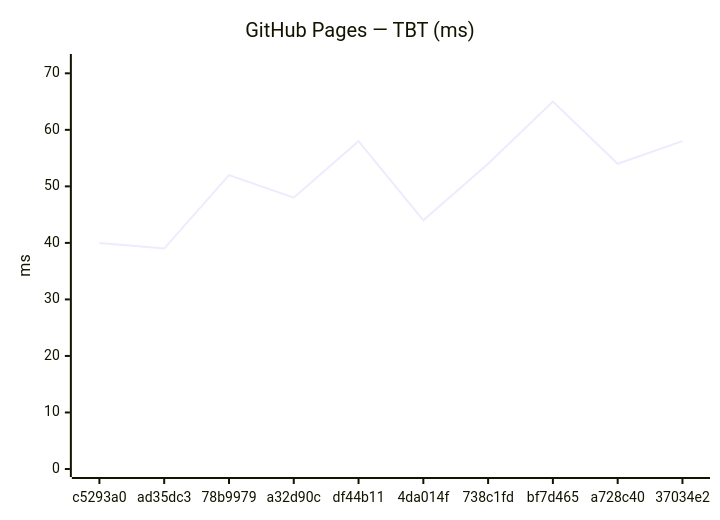
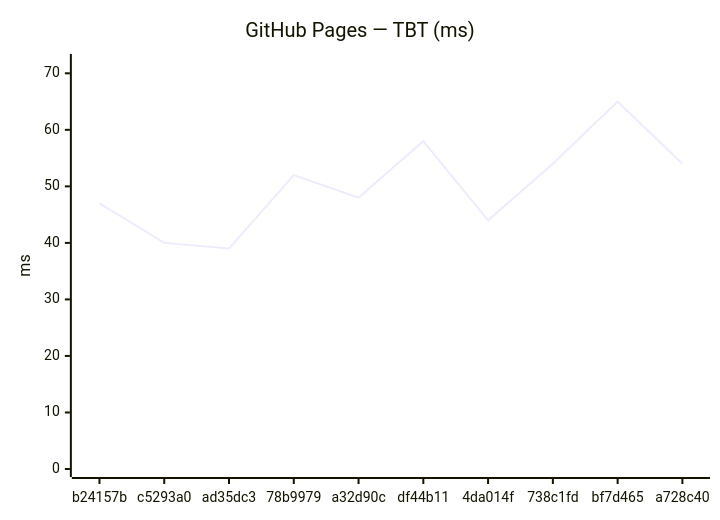
The fourth of 24 diagrams in benchmarks/compare.md (Metaheurist/Rianell), drawn with Mermaid before and after one commit. The commit also changed other lines of this file and 14 other files, not shown here.

````diff
--- a/benchmarks/compare.md
+++ b/benchmarks/compare.md
@@ -61,7 +61,7 @@
 ```mermaid
 xychart-beta
     title "GitHub Pages — TBT (ms)"
-    x-axis ["c5293a0", "ad35dc3", "78b9979", "a32d90c", "df44b11", "4da014f", "738c1fd", "bf7d465", "a728c40", "37034e2"]
+    x-axis ["b24157b", "c5293a0", "ad35dc3", "78b9979", "a32d90c", "df44b11", "4da014f", "738c1fd", "bf7d465", "a728c40"]
     y-axis "ms" 0 --> 72
-    line [40, 39, 52, 48, 58, 44, 54, 65, 54, 58]
+    line [47, 40, 39, 52, 48, 58, 44, 54, 65, 54]
 ```
````
